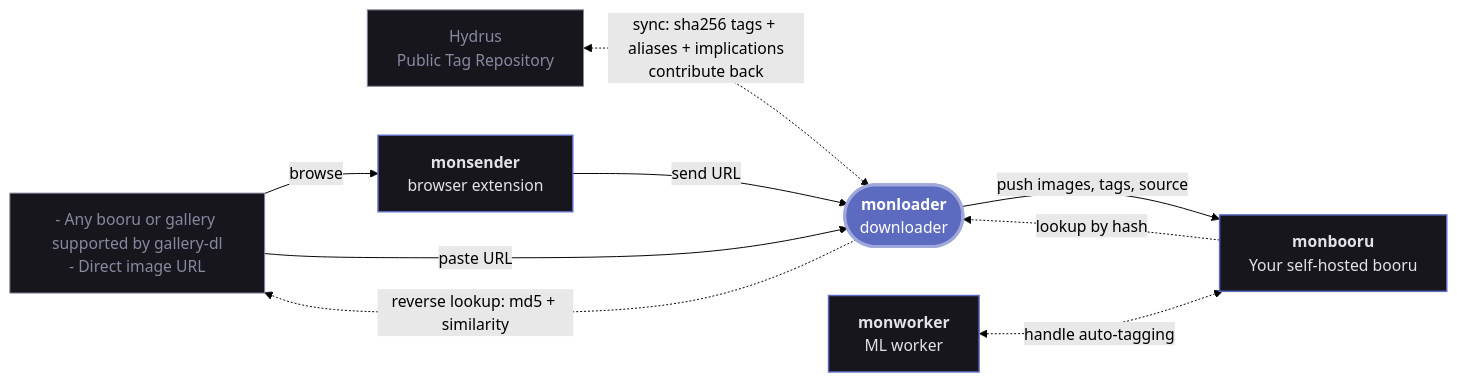
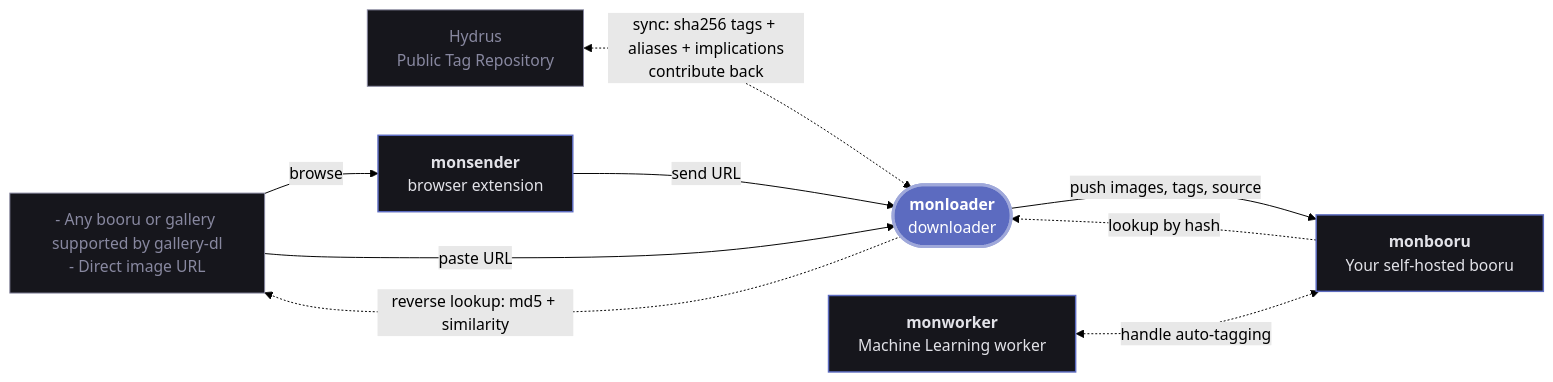
One commit to monbooru/monloader changed the diagram in README.md. Above: the diagram before and after it, drawn with Mermaid (forest theme).

Commit message:
docs(readme): spell out Machine Learning in the graph

````diff
--- a/README.md
+++ b/README.md
@@ -33,40 +33,40 @@
 ```mermaid
 ---
 config:
   layout: dagre
   flowchart:
     wrappingWidth: 200
 ---
 flowchart LR
     web["`- Any booru or gallery supported by gallery-dl
 - Direct image URL`"]
     ptr["`Hydrus
 Public Tag Repository`"]
     sender["`**monsender**
 browser extension`"]
     loader(["`**monloader**
 downloader`"])
     booru["`**monbooru**
 Your self-hosted booru`"]
     worker["`**monworker**
-ML worker`"]
+Machine Learning worker`"]
 
     web -->|browse| sender
     sender -->|send URL| loader
     web -->|paste URL| loader
     loader -->|push images, tags, source| booru
 
     booru -.->|lookup by hash| loader
     loader -.->|reverse lookup: md5 + similarity| web
     ptr <-.->|"`sync: sha256 tags + aliases + implications
 contribute back`"| loader
     worker <-.->|handle auto-tagging| booru
 
     classDef hub  fill:#5c6bc0,stroke:#9fa8da,stroke-width:3px,color:#ffffff;
     classDef tool fill:#16161c,stroke:#5c6bc0,stroke-width:1.5px,color:#e2e2e8;
     classDef src  fill:#16161c,stroke:#8888a0,stroke-width:1px,color:#8888a0;
 
     class loader hub;
     class sender,booru,worker tool;
     class web,ptr src;
 ```
````
